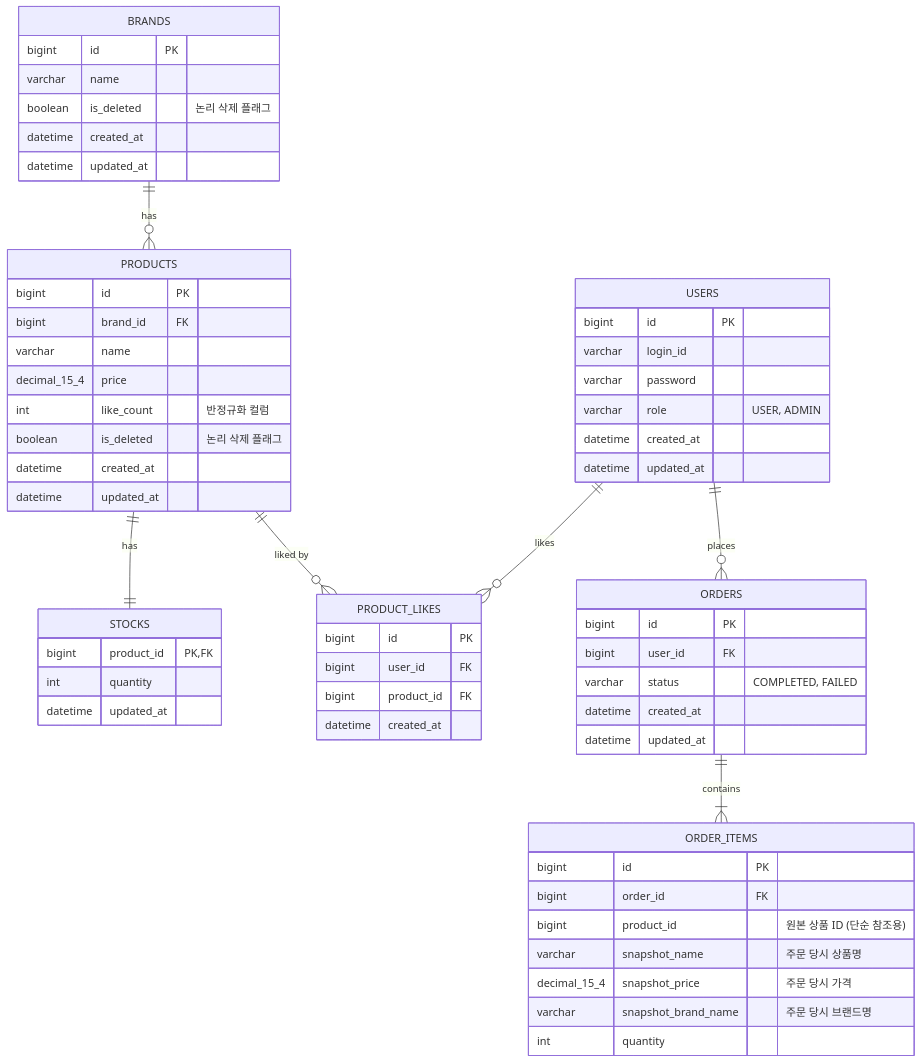
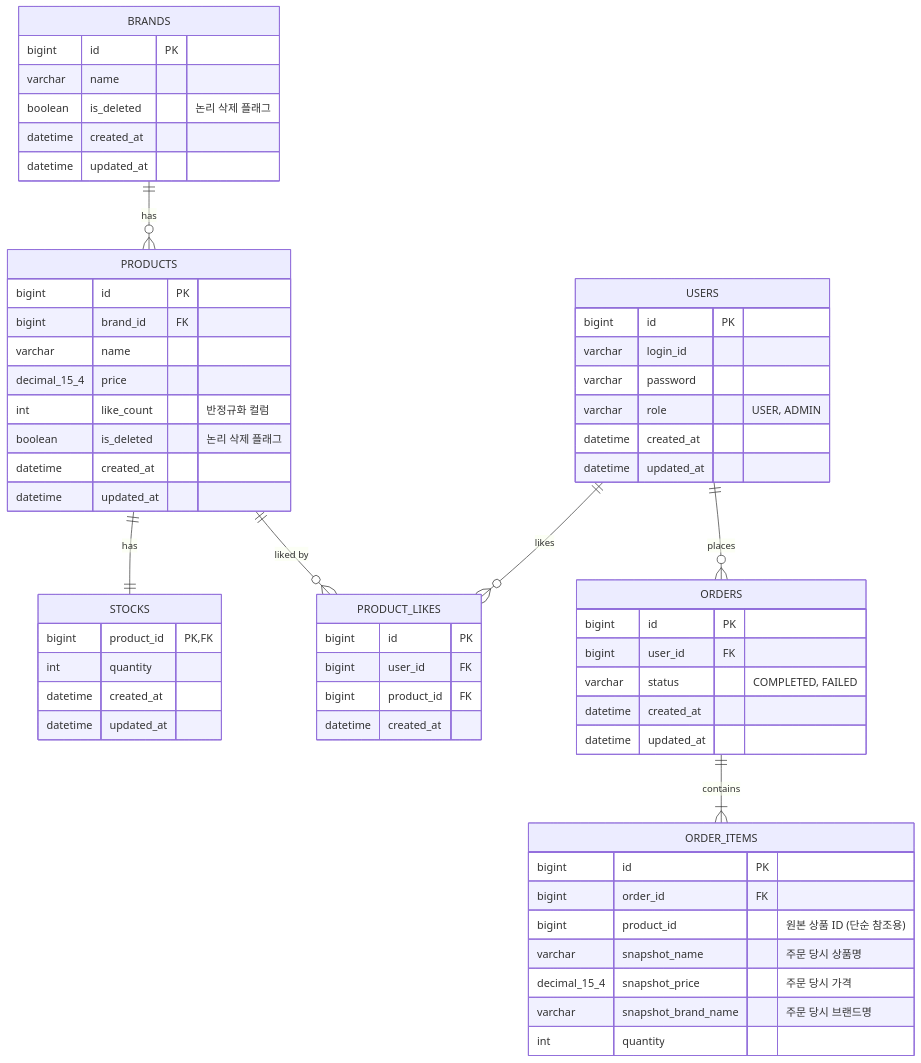
Before and after one commit to loopers-labs/loop-pack-be-l2-vol4-java: the diagram in docs/week2/04-erd.md, drawn with Mermaid. The commit also changed 2 other files, not shown here.

Commit message:
docs: BaseEntity 계층 구조 반영을 위한 ERD 및 클래스 다이어그램 업데이트

````diff
--- a/docs/week2/04-erd.md
+++ b/docs/week2/04-erd.md
@@ -1,70 +1,71 @@
 ```mermaid
 erDiagram
     USERS {
         bigint id PK
         varchar login_id
         varchar password
         varchar role "USER, ADMIN"
         datetime created_at
         datetime updated_at
     }
 
     BRANDS {
         bigint id PK
         varchar name
         boolean is_deleted "논리 삭제 플래그"
         datetime created_at
         datetime updated_at
     }
 
     PRODUCTS {
         bigint id PK
         bigint brand_id FK
         varchar name
         decimal_15_4 price
         int like_count "반정규화 컬럼"
         boolean is_deleted "논리 삭제 플래그"
         datetime created_at
         datetime updated_at
     }
 
     STOCKS {
         bigint product_id PK, FK
         int quantity
+        datetime created_at
         datetime updated_at
     }
 
     PRODUCT_LIKES {
         bigint id PK
         bigint user_id FK
         bigint product_id FK
         datetime created_at
         %% Unique Index: (user_id, product_id)
     }
 
     ORDERS {
         bigint id PK
         bigint user_id FK
         varchar status "COMPLETED, FAILED"
         datetime created_at
         datetime updated_at
     }
 
     ORDER_ITEMS {
         bigint id PK
         bigint order_id FK
         bigint product_id "원본 상품 ID (단순 참조용)"
         varchar snapshot_name "주문 당시 상품명"
         decimal_15_4 snapshot_price "주문 당시 가격"
         varchar snapshot_brand_name "주문 당시 브랜드명"
         int quantity
     }
 
     %% Relationships
     BRANDS ||--o{ PRODUCTS : "has"
     PRODUCTS ||--|| STOCKS : "has"
     USERS ||--o{ ORDERS : "places"
     ORDERS ||--|{ ORDER_ITEMS : "contains"
     USERS ||--o{ PRODUCT_LIKES : "likes"
     PRODUCTS ||--o{ PRODUCT_LIKES : "liked by"
 ```
````
